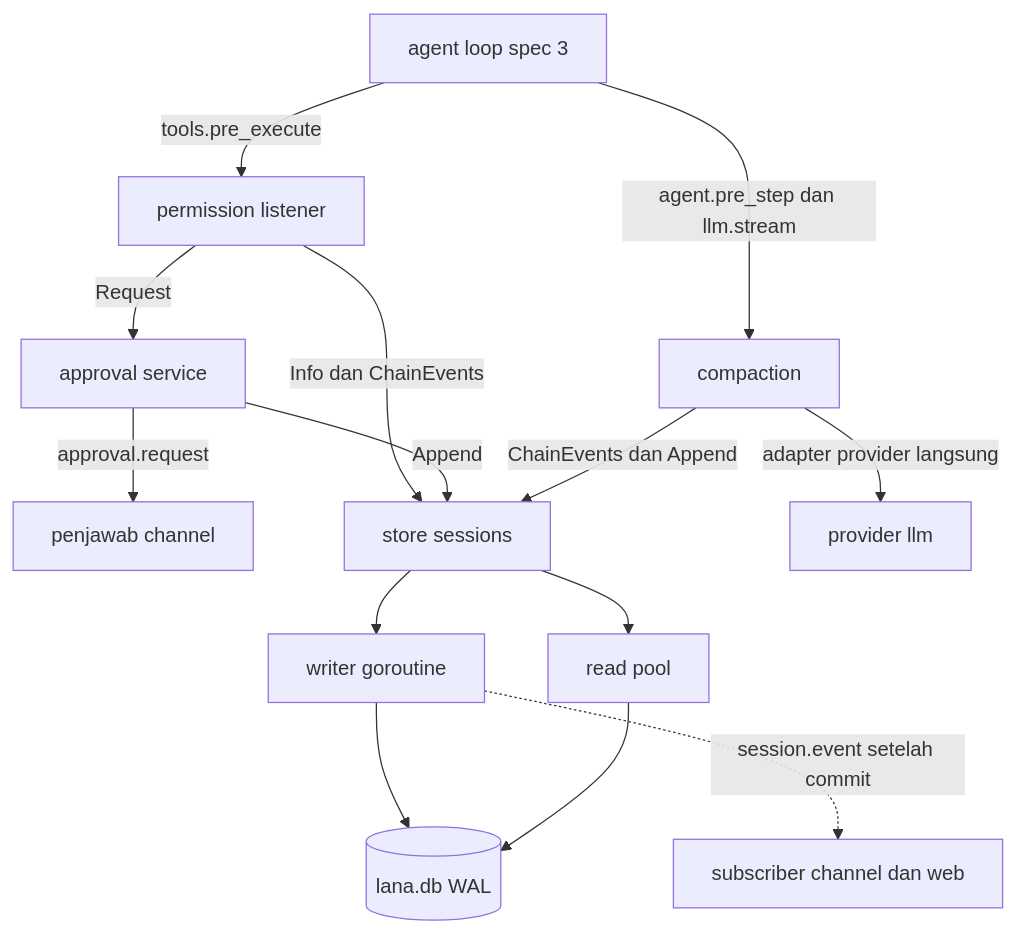
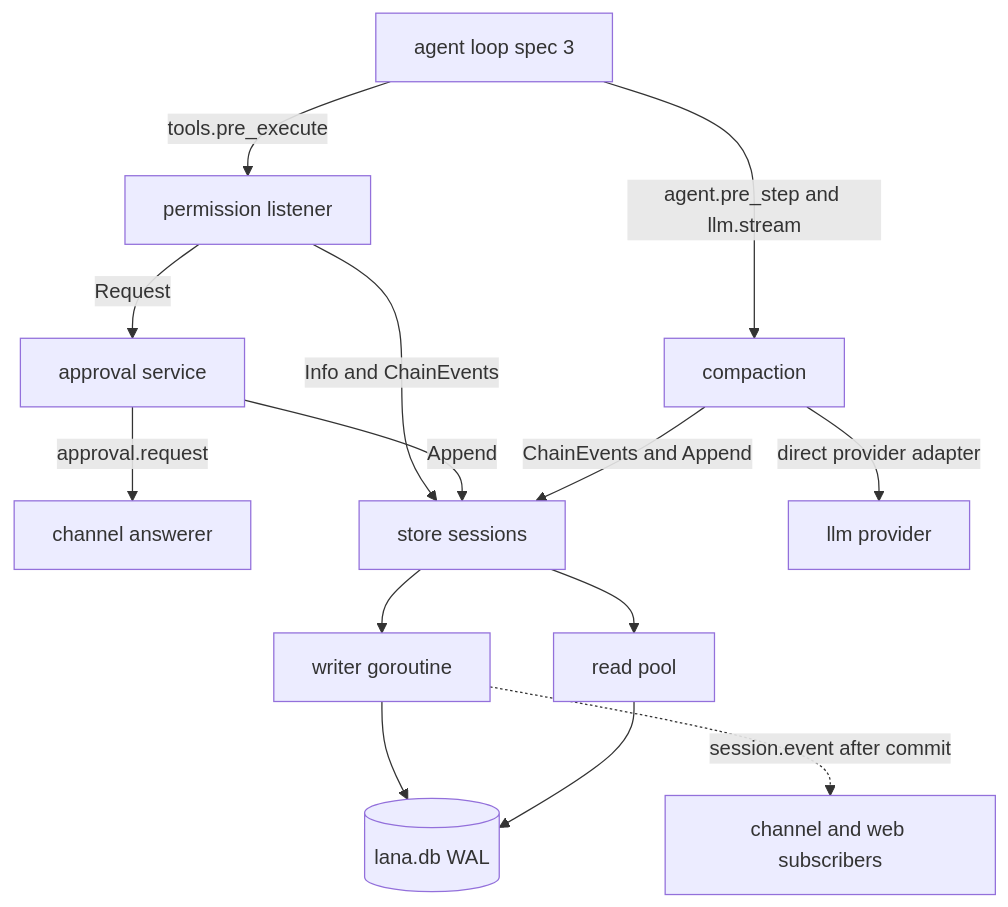
The first of 6 diagrams in docs/specs/4-session-permission/design.md (ridhomujizat/lana-harness), drawn with Mermaid before and after one commit. The commit also changed other lines of this file and 172 other files, not shown here.

````diff
--- a/docs/specs/4-session-permission/design.md
+++ b/docs/specs/4-session-permission/design.md
@@ -53,16 +53,16 @@
 ```mermaid
 flowchart TD
-  AgentLoop["agent loop spec 3"] -- "agent.pre_step dan llm.stream" --> Comp["compaction"]
+  AgentLoop["agent loop spec 3"] -- "agent.pre_step and llm.stream" --> Comp["compaction"]
   AgentLoop -- "tools.pre_execute" --> Perm["permission listener"]
   Perm -- "Request" --> Appr["approval service"]
-  Appr -- "approval.request" --> Ans["penjawab channel"]
-  Perm -- "Info dan ChainEvents" --> Store["store sessions"]
+  Appr -- "approval.request" --> Ans["channel answerer"]
+  Perm -- "Info and ChainEvents" --> Store["store sessions"]
   Appr -- "Append" --> Store
-  Comp -- "ChainEvents dan Append" --> Store
-  Comp -- "adapter provider langsung" --> Llm["provider llm"]
+  Comp -- "ChainEvents and Append" --> Store
+  Comp -- "direct provider adapter" --> Llm["llm provider"]
   Store --> Writer["writer goroutine"]
   Store --> Reads["read pool"]
   Writer --> DB[("lana.db WAL")]
   Reads --> DB
-  Writer -. "session.event setelah commit" .-> Subs["subscriber channel dan web"]
+  Writer -. "session.event after commit" .-> Subs["channel and web subscribers"]
 ```
````
